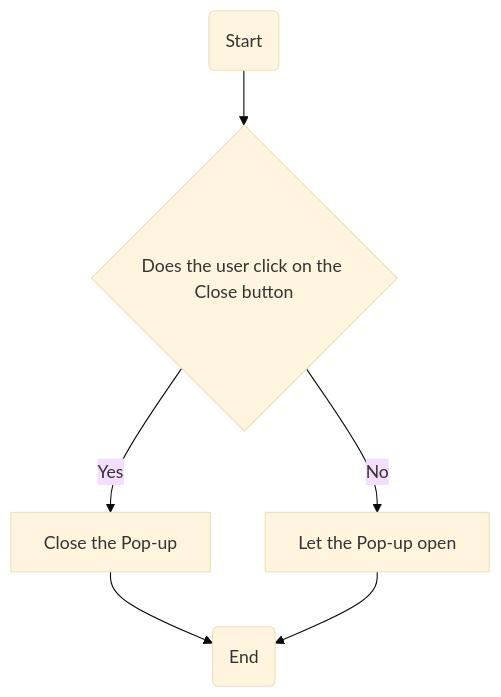
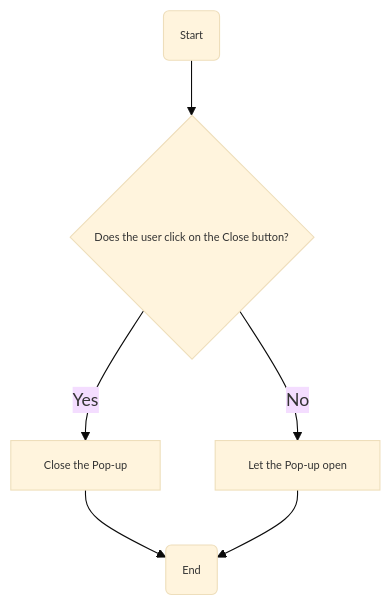
One commit to algosup/2024-2025-project-5-bubble-intermarche-team-2 changed the third of 11 diagrams in Documents/Technical/technical_specifications.md. Above: the diagram before and after it, drawn with Mermaid (base theme). The commit also changed other lines of this file, not shown here.

````diff
--- a/Documents/Technical/technical_specifications.md
+++ b/Documents/Technical/technical_specifications.md
@@ -240,8 +244,9 @@
 ```mermaid
 graph TD
-    A(Start) --> B{Does the user click on the Close button}
+    A(Start) --> B{Does the user click on the Close button?}
     B -->|Yes| C[Close the Pop-up]
     B -->|No| D[Let the Pop-up open]
     C --> E(End)
     D --> E
+    classDef default font-size:10px;
 ```
````
